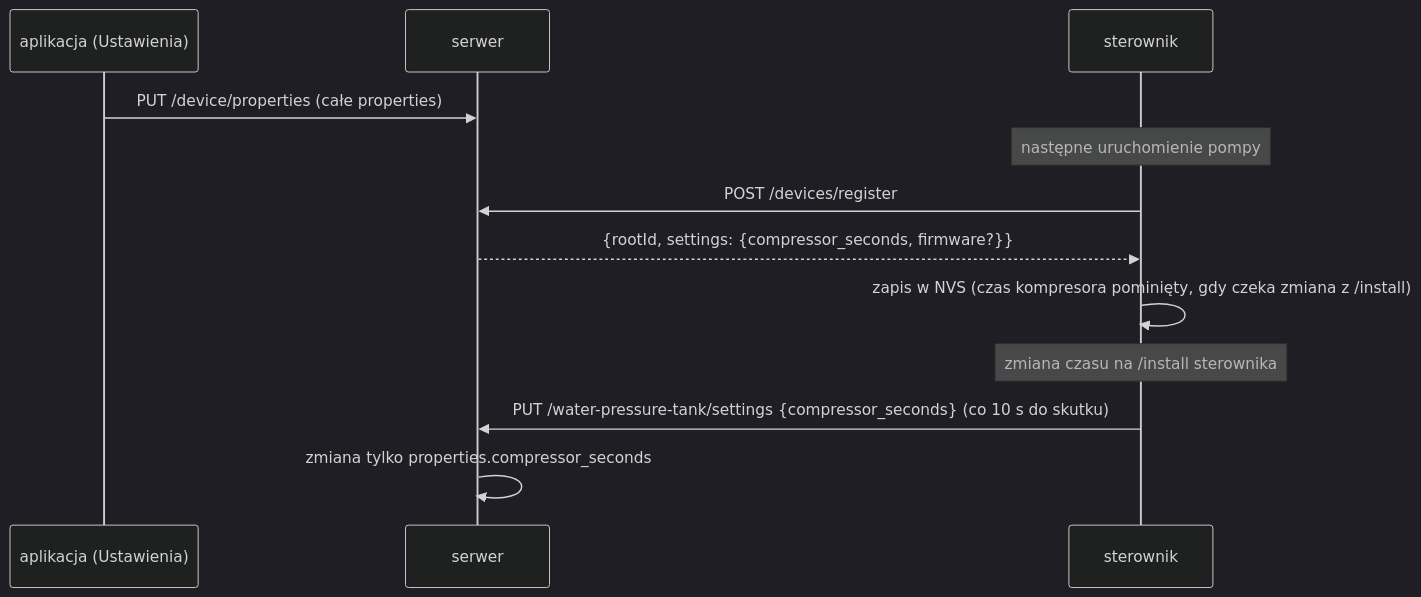
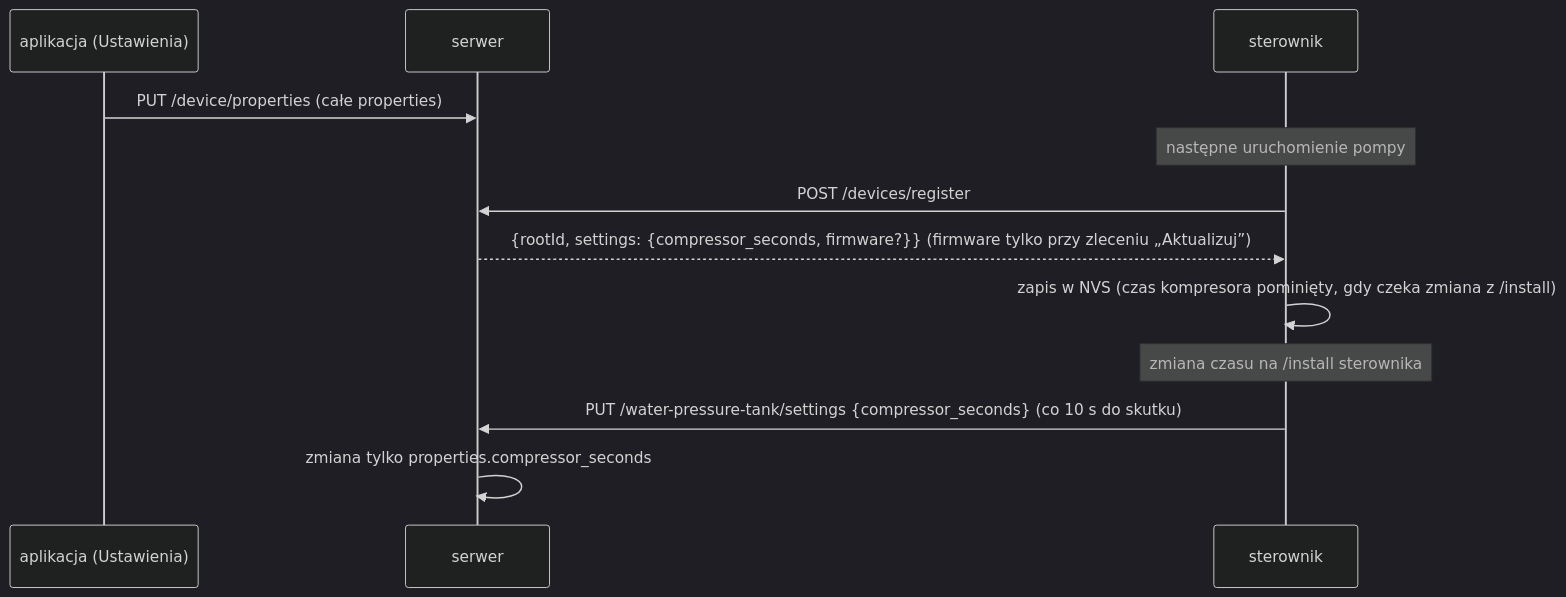
One commit to robertorlowski/chpc-web changed the fifth of 5 diagrams in docs/moduly/water-pressure-tank/2-zasada-dzialania.md. Above: the diagram before and after it, drawn with Mermaid (dark theme). The commit also changed other lines of this file and 55 other files, not shown here.

First line of the commit message:
Aktualizacja firmware na zlecenie („Aktualizuj”) dla hydroforu, włącznika i pieca; OTA pieca z chmury (firmware 1.5.0), włącznik 1.1.0; piec: przełącznik „Kocioł: Włączony / Wyłączony”

````diff
--- a/docs/moduly/water-pressure-tank/2-zasada-dzialania.md
+++ b/docs/moduly/water-pressure-tank/2-zasada-dzialania.md
@@ -89,14 +89,14 @@
 ```mermaid
 sequenceDiagram
     participant U as aplikacja (Ustawienia)
     participant S as serwer
     participant C as sterownik
     U->>S: PUT /device/properties (całe properties)
     Note over C: następne uruchomienie pompy
     C->>S: POST /devices/register
-    S-->>C: {rootId, settings: {compressor_seconds, firmware?}}
+    S-->>C: {rootId, settings: {compressor_seconds, firmware?}} (firmware tylko przy zleceniu „Aktualizuj”)
     C->>C: zapis w NVS (czas kompresora pominięty, gdy czeka zmiana z /install)
     Note over C: zmiana czasu na /install sterownika
     C->>S: PUT /water-pressure-tank/settings {compressor_seconds} (co 10 s do skutku)
     S->>S: zmiana tylko properties.compressor_seconds
 ```
````
